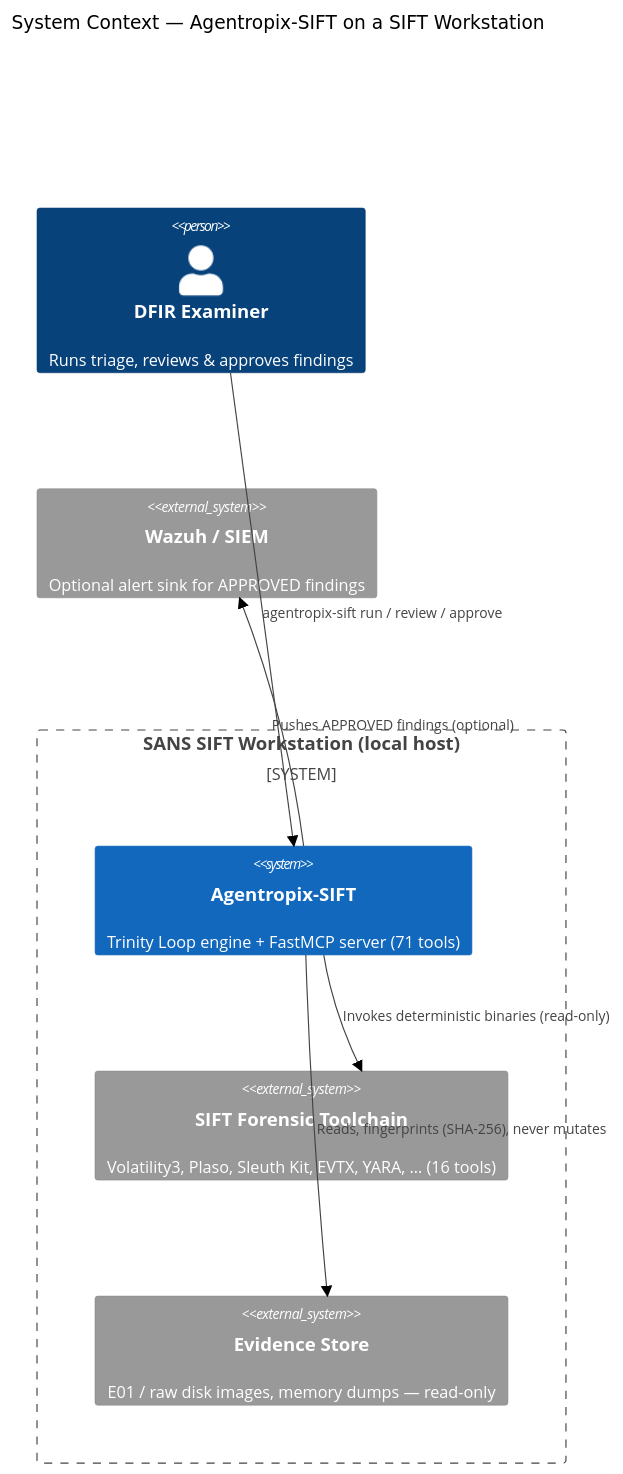
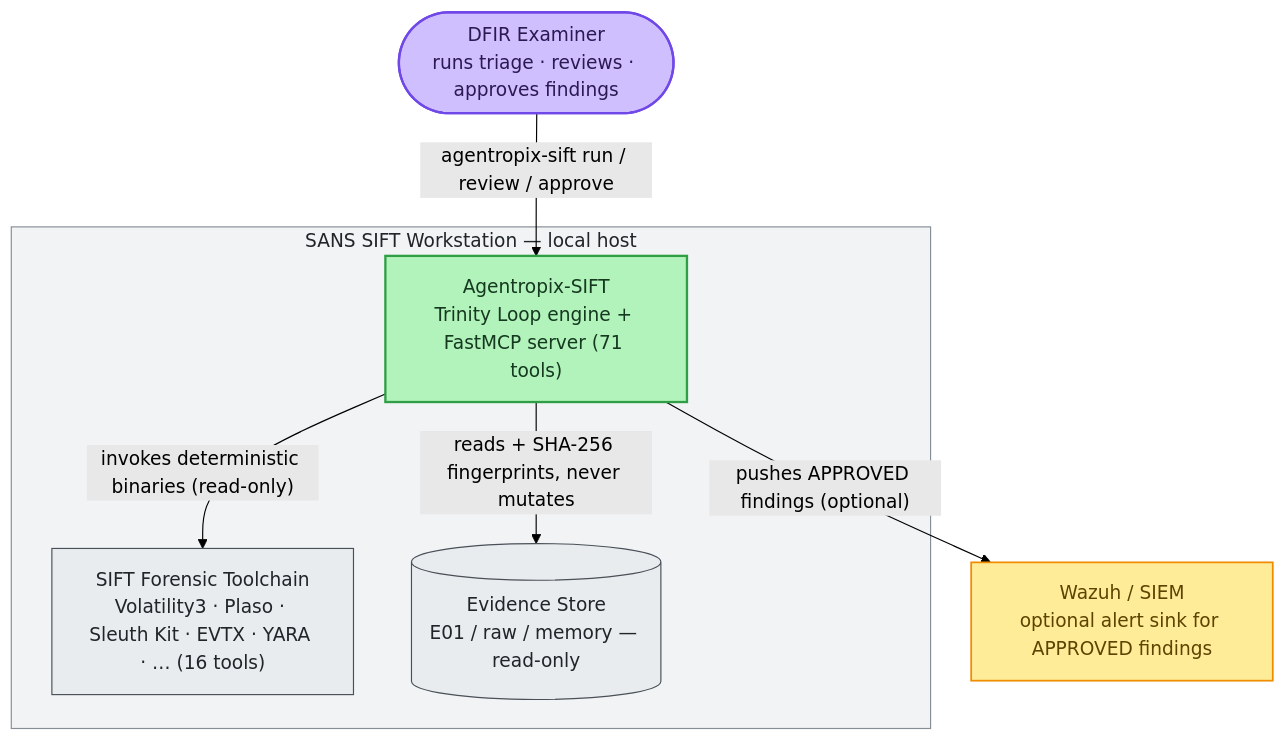
Before and after one commit to galvangabriel-web/agentropix-mcp: the diagram in README.md, drawn with Mermaid (forest theme). The commit also changed 3 other files, not shown here.

First line of the commit message:
Convert C4 diagrams to flowcharts (GitLab can't render C4) + apply palette

````diff
--- a/README.md
+++ b/README.md
@@ -98,19 +98,24 @@
 ```mermaid
-C4Context
-    title System Context — Agentropix-SIFT on a SIFT Workstation
+flowchart TB
+    classDef actor fill:#d0bfff,stroke:#7048e8,color:#2b1a52,stroke-width:2px
+    classDef core fill:#b2f2bb,stroke:#2f9e44,color:#15391f,stroke-width:2px
+    classDef ext fill:#e9ecef,stroke:#495057,color:#212529,stroke-width:1px
+    classDef sink fill:#ffec99,stroke:#f08c00,color:#5c4400,stroke-width:1.5px
 
-    Person(examiner, "DFIR Examiner", "Runs triage, reviews & approves findings")
+    Examiner(["DFIR Examiner<br/>runs triage · reviews · approves findings"]):::actor
 
-    System_Boundary(sift, "SANS SIFT Workstation (local host)") {
-        System(agentropix, "Agentropix-SIFT", "Trinity Loop engine + FastMCP server (71 tools)")
-        System_Ext(toolchain, "SIFT Forensic Toolchain", "Volatility3, Plaso, Sleuth Kit, EVTX, YARA, … (16 tools)")
-        System_Ext(evidence, "Evidence Store", "E01 / raw disk images, memory dumps — read-only")
-    }
+    subgraph Host["SANS SIFT Workstation — local host"]
+        Agentropix["Agentropix-SIFT<br/>Trinity Loop engine + FastMCP server (71 tools)"]:::core
+        Toolchain["SIFT Forensic Toolchain<br/>Volatility3 · Plaso · Sleuth Kit · EVTX · YARA · … (16 tools)"]:::ext
+        Evidence[("Evidence Store<br/>E01 / raw / memory — read-only")]:::ext
+    end
 
-    System_Ext(wazuh, "Wazuh / SIEM", "Optional alert sink for APPROVED findings")
+    Wazuh["Wazuh / SIEM<br/>optional alert sink for APPROVED findings"]:::sink
 
-    Rel(examiner, agentropix, "agentropix-sift run / review / approve")
-    Rel(agentropix, toolchain, "Invokes deterministic binaries (read-only)")
-    Rel(agentropix, evidence, "Reads, fingerprints (SHA-256), never mutates")
-    Rel(agentropix, wazuh, "Pushes APPROVED findings (optional)")
+    Examiner -->|"agentropix-sift run / review / approve"| Agentropix
+    Agentropix -->|"invokes deterministic binaries (read-only)"| Toolchain
+    Agentropix -->|"reads + SHA-256 fingerprints, never mutates"| Evidence
+    Agentropix -->|"pushes APPROVED findings (optional)"| Wazuh
+
+    style Host fill:#f1f3f5,stroke:#868e96,color:#212529
 ```
````
